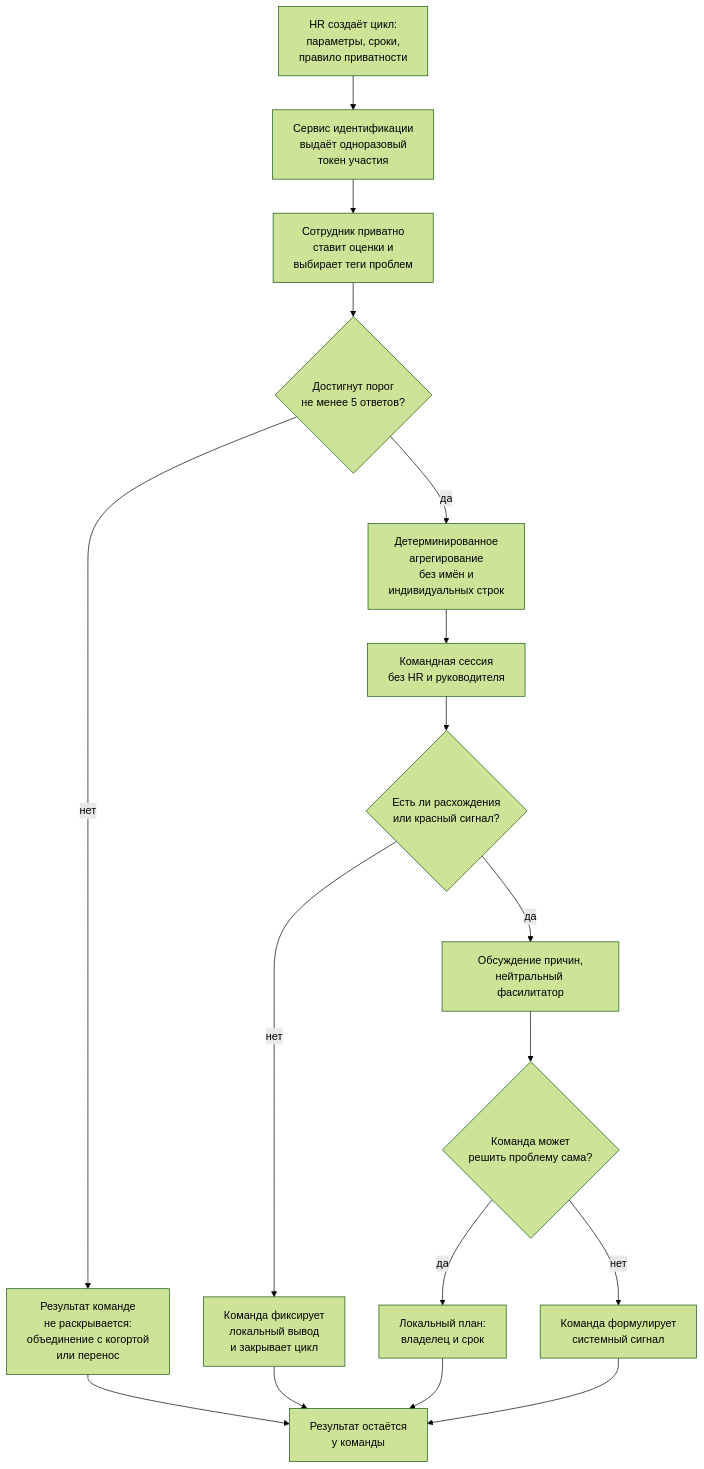
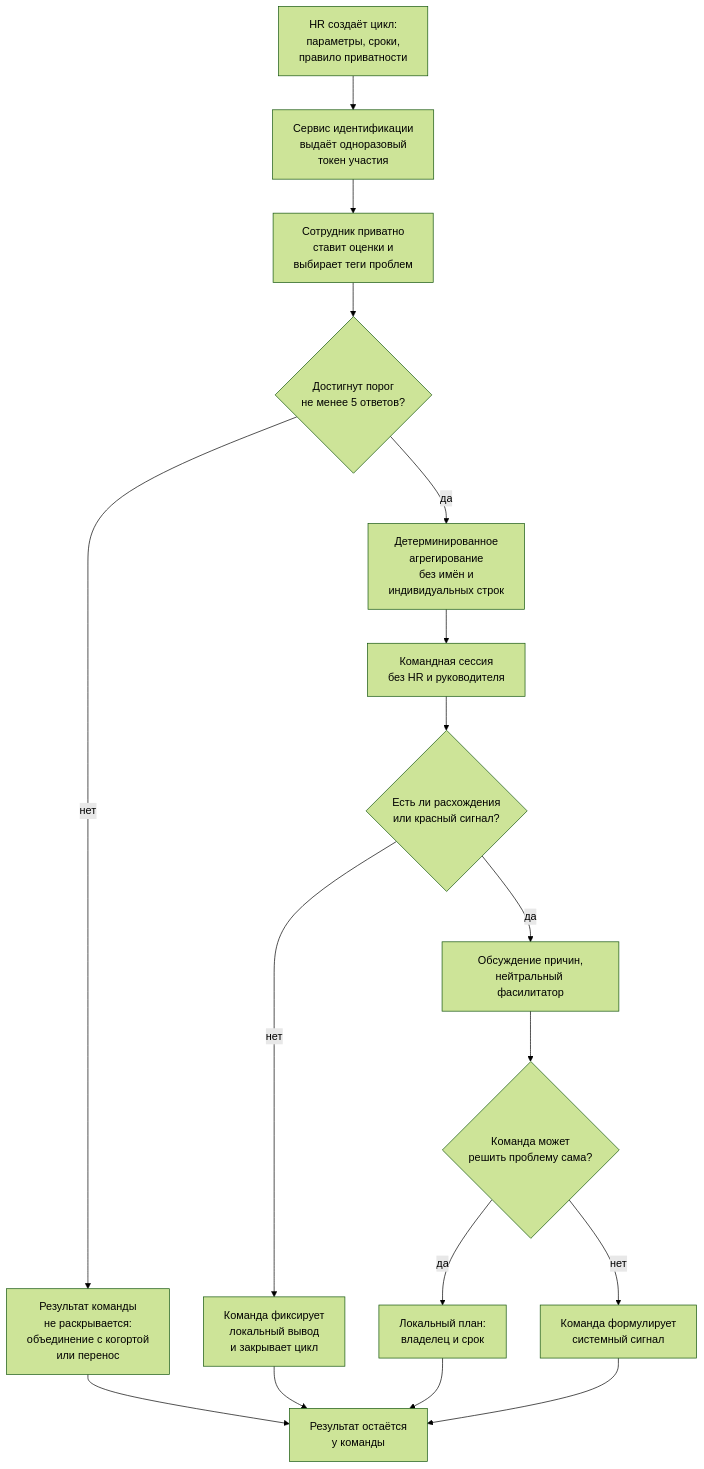
One commit to CarabasBarabas/team-other-03 changed the first of 3 diagrams in docs/03_tobe_architecture.md. Above: the diagram before and after it, drawn with Mermaid (forest theme).

````diff
--- a/docs/03_tobe_architecture.md
+++ b/docs/03_tobe_architecture.md
@@ -19,19 +19,19 @@
 ```mermaid
 flowchart TD
     A["HR создаёт цикл:<br/>параметры, сроки,<br/>правило приватности"] --> B["Сервис идентификации<br/>выдаёт одноразовый<br/>токен участия"]
     B --> C["Сотрудник приватно<br/>ставит оценки и<br/>выбирает теги проблем"]
     C --> D{"Достигнут порог<br/>не менее 5 ответов?"}
-    D -->|"нет"| D1["Результат команде<br/>не раскрывается:<br/>объединение с когортой<br/>или перенос"]
+    D -->|"нет"| D1["Результат команды<br/>не раскрывается:<br/>объединение с когортой<br/>или перенос"]
     D -->|"да"| E["Детерминированное<br/>агрегирование<br/>без имён и<br/>индивидуальных строк"]
     E --> F["Командная сессия<br/>без HR и руководителя"]
     F --> G{"Есть ли расхождения<br/>или красный сигнал?"}
     G -->|"нет"| G1["Команда фиксирует<br/>локальный вывод<br/>и закрывает цикл"]
     G -->|"да"| H["Обсуждение причин,<br/>нейтральный фасилитатор"]
     H --> I{"Команда может<br/>решить проблему сама?"}
     I -->|"да"| I1["Локальный план:<br/>владелец и срок"]
     I -->|"нет"| I2["Команда формулирует<br/>системный сигнал"]
     D1 --> Z["Результат остаётся<br/>у команды"]
     G1 --> Z
     I1 --> Z
     I2 --> Z
 ```
````
